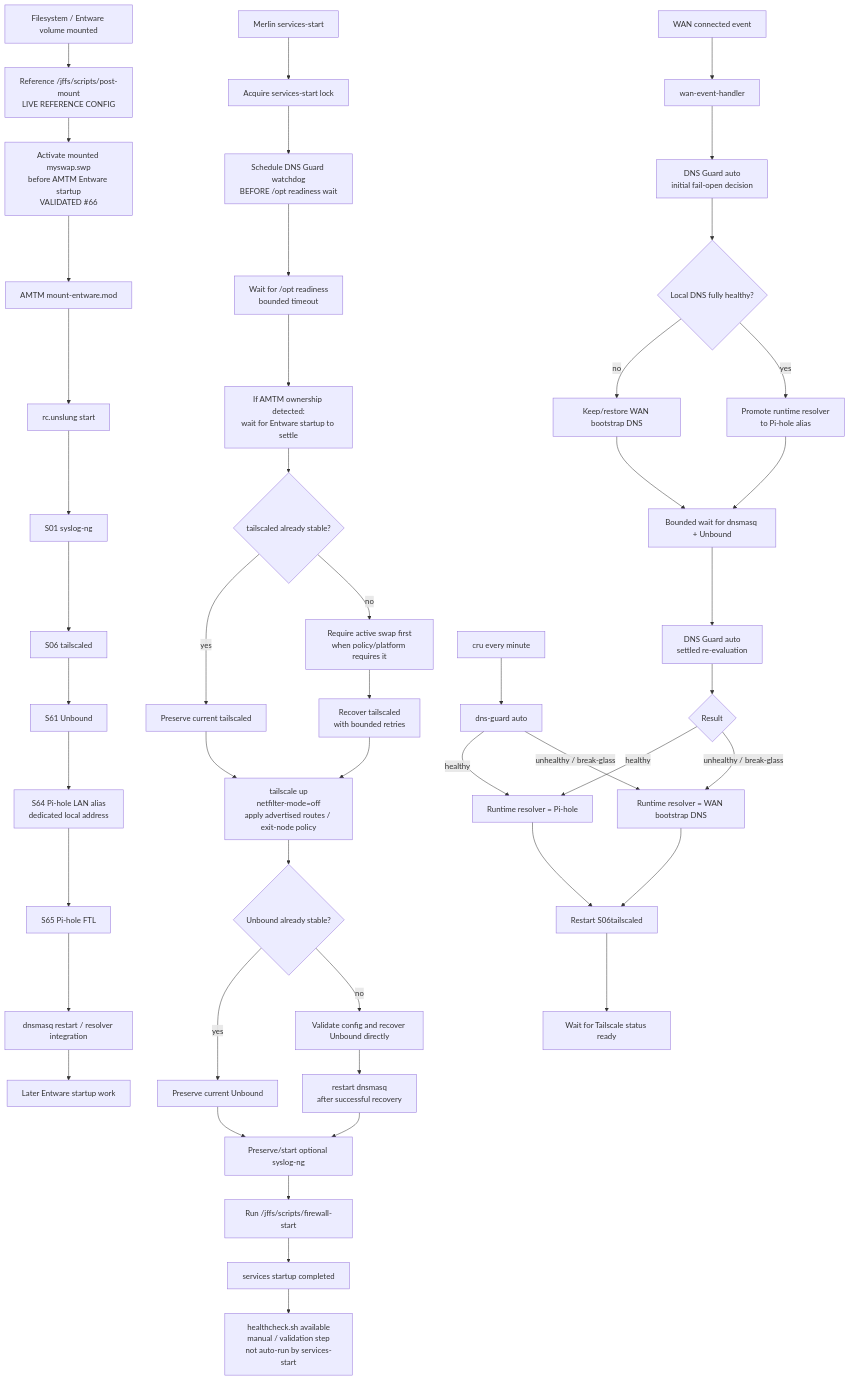
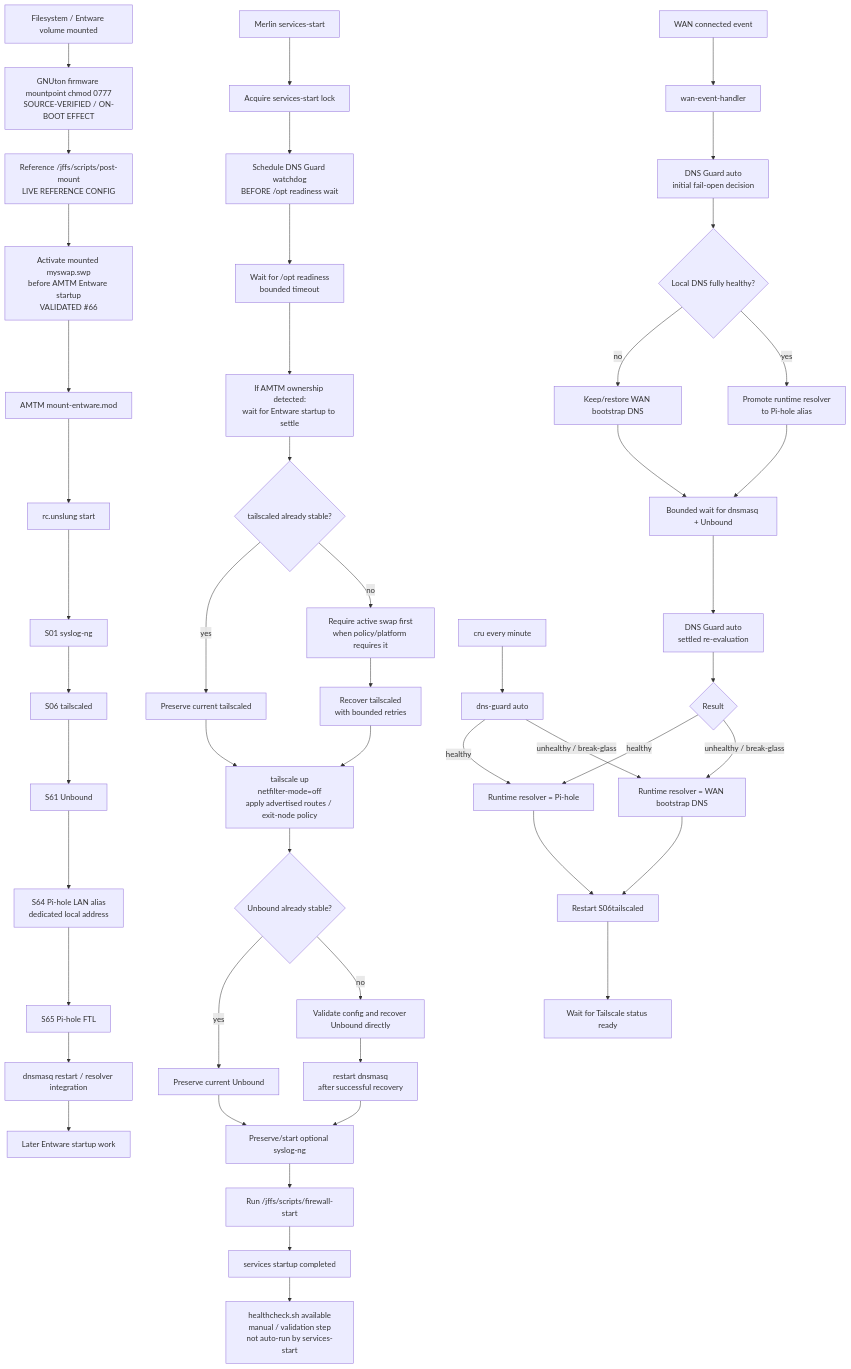
The diagram in docs/architecture/boot-service-dependency-flow.md (wojko6/Advanced-ASUS-Edge-Gateway-ZTNA-Infrastructure), drawn with Mermaid before and after one commit. The commit also changed other lines of this file and 10 other files, not shown here.

````diff
--- a/docs/architecture/boot-service-dependency-flow.md
+++ b/docs/architecture/boot-service-dependency-flow.md
@@ -7,53 +9,54 @@
 ```mermaid
 flowchart TD
-    B["Filesystem / Entware volume mounted"] --> PM["Reference /jffs/scripts/post-mount<br/>LIVE REFERENCE CONFIG"]
+    B["Filesystem / Entware volume mounted"] --> MODE["GNUton firmware mountpoint chmod 0777<br/>SOURCE-VERIFIED / ON-BOOT EFFECT"]
+    MODE --> PM["Reference /jffs/scripts/post-mount<br/>LIVE REFERENCE CONFIG"]
     PM --> PS["Activate mounted myswap.swp<br/>before AMTM Entware startup<br/>VALIDATED #66"]
     PS --> AM["AMTM mount-entware.mod"]
     AM --> RC["rc.unslung start"]
     RC --> S1["S01 syslog-ng"]
     S1 --> S6["S06 tailscaled"]
     S6 --> S61["S61 Unbound"]
     S61 --> S64["S64 Pi-hole LAN alias<br/>dedicated local address"]
     S64 --> S65["S65 Pi-hole FTL"]
     S65 --> DM["dnsmasq restart / resolver integration"]
     DM --> SLATE["Later Entware startup work"]
 
     MS["Merlin services-start"] --> LK["Acquire services-start lock"]
     LK --> DG["Schedule DNS Guard watchdog<br/>BEFORE /opt readiness wait"]
     DG --> OP["Wait for /opt readiness<br/>bounded timeout"]
     OP --> AS["If AMTM ownership detected:<br/>wait for Entware startup to settle"]
     AS --> TC{"tailscaled already stable?"}
     TC -->|"yes"| TP["Preserve current tailscaled"]
     TC -->|"no"| SW["Require active swap first<br/>when policy/platform requires it"]
     SW --> TR["Recover tailscaled<br/>with bounded retries"]
     TP --> UP["tailscale up<br/>netfilter-mode=off<br/>apply advertised routes / exit-node policy"]
     TR --> UP
     UP --> UB{"Unbound already stable?"}
     UB -->|"yes"| UK["Preserve current Unbound"]
     UB -->|"no"| UR["Validate config and recover Unbound directly"]
     UR --> RD["restart dnsmasq<br/>after successful recovery"]
     UK --> SL["Preserve/start optional syslog-ng"]
     RD --> SL
     SL --> FW["Run /jffs/scripts/firewall-start"]
     FW --> OK["services startup completed"]
     OK --> HC["healthcheck.sh available<br/>manual / validation step<br/>not auto-run by services-start"]
 
     WE["WAN connected event"] --> WH["wan-event-handler"]
     WH --> GI["DNS Guard auto<br/>initial fail-open decision"]
     GI --> BP{"Local DNS fully healthy?"}
     BP -->|"no"| WB["Keep/restore WAN bootstrap DNS"]
     BP -->|"yes"| LP["Promote runtime resolver<br/>to Pi-hole alias"]
     WB --> BW["Bounded wait for dnsmasq + Unbound"]
     LP --> BW
     BW --> GS["DNS Guard auto<br/>settled re-evaluation"]
     GS --> RS{"Result"}
     RS -->|"healthy"| PL["Runtime resolver = Pi-hole"]
     RS -->|"unhealthy / break-glass"| WA["Runtime resolver = WAN bootstrap DNS"]
     PL --> RT["Restart S06tailscaled"]
     WA --> RT
     RT --> RR["Wait for Tailscale status ready"]
 
     CRON["cru every minute"] --> GA["dns-guard auto"]
     GA -->|"healthy"| PL
     GA -->|"unhealthy / break-glass"| WA
 ```
````
